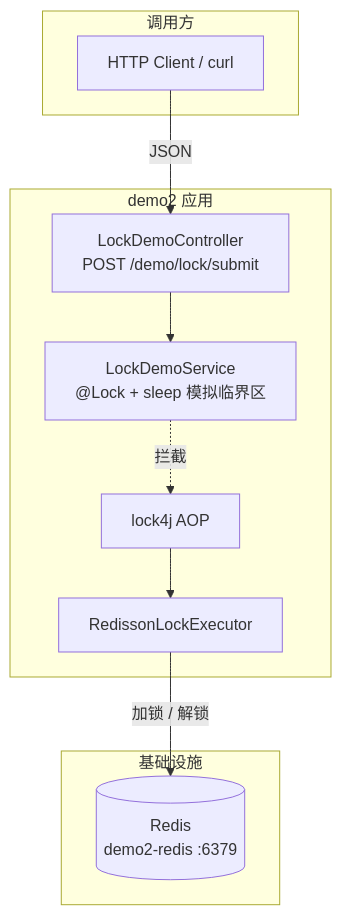
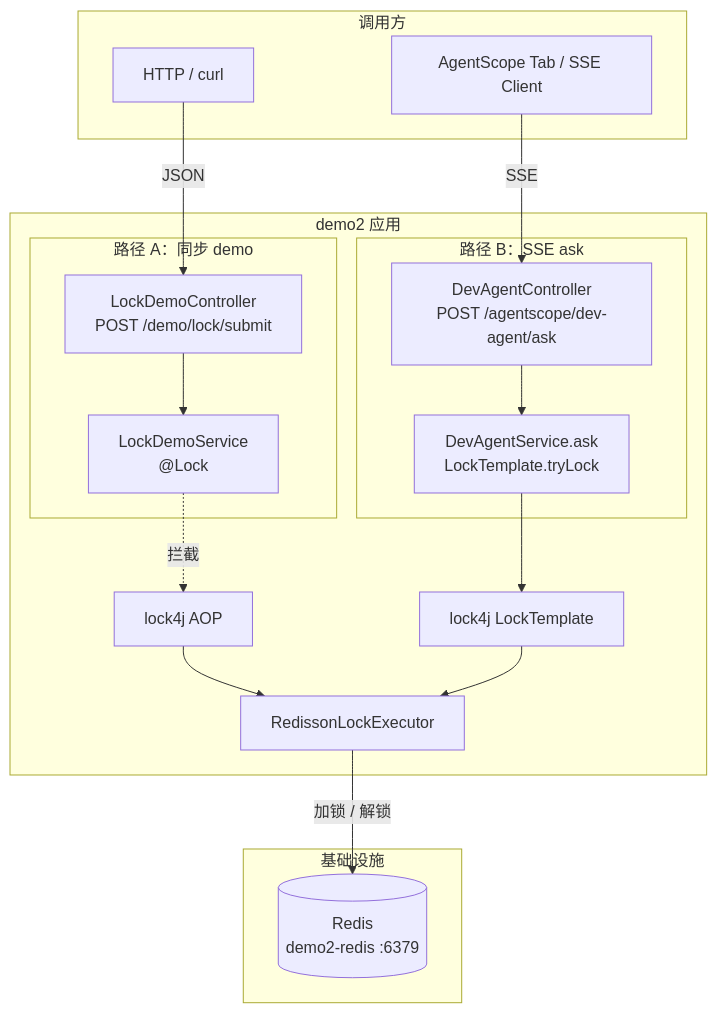
The first of 6 diagrams in demo2/docs/superpowers/specs/2026-08-05-lock4j-redisson-design.md (jasonsoso/spring-ai-demo), drawn with Mermaid before and after one commit. The commit also changed other lines of this file, not shown here.

Commit message:
docs(demo2): expand lock design to demo annotation plus ask tryLock

````diff
--- a/demo2/docs/superpowers/specs/2026-08-05-lock4j-redisson-design.md
+++ b/demo2/docs/superpowers/specs/2026-08-05-lock4j-redisson-design.md
@@ -58,23 +62,34 @@
 ```mermaid
 flowchart TB
   subgraph Client["调用方"]
-    C1["HTTP Client / curl"]
+    C1["HTTP / curl"]
+    C2["AgentScope Tab / SSE Client"]
   end
 
   subgraph Demo2["demo2 应用"]
-    CTRL["LockDemoController<br/>POST /demo/lock/submit"]
-    SVC["LockDemoService<br/>@Lock + sleep 模拟临界区"]
+    subgraph PathA["路径 A：同步 demo"]
+      CTRL["LockDemoController<br/>POST /demo/lock/submit"]
+      SVCA["LockDemoService<br/>@Lock"]
+      CTRL --> SVCA
+    end
+    subgraph PathB["路径 B：SSE ask"]
+      DCTRL["DevAgentController<br/>POST /agentscope/dev-agent/ask"]
+      DSVC["DevAgentService.ask<br/>LockTemplate.tryLock"]
+      DCTRL --> DSVC
+    end
     AOP["lock4j AOP"]
+    LT["lock4j LockTemplate"]
     EXEC["RedissonLockExecutor"]
-    CTRL --> SVC
-    SVC -.->|拦截| AOP
+    SVCA -.->|拦截| AOP
     AOP --> EXEC
+    DSVC --> LT --> EXEC
   end
 
   subgraph Infra["基础设施"]
     REDIS[("Redis<br/>demo2-redis :6379")]
   end
 
   C1 -->|JSON| CTRL
+  C2 -->|SSE| DCTRL
   EXEC -->|加锁 / 解锁| REDIS
 ```
````
